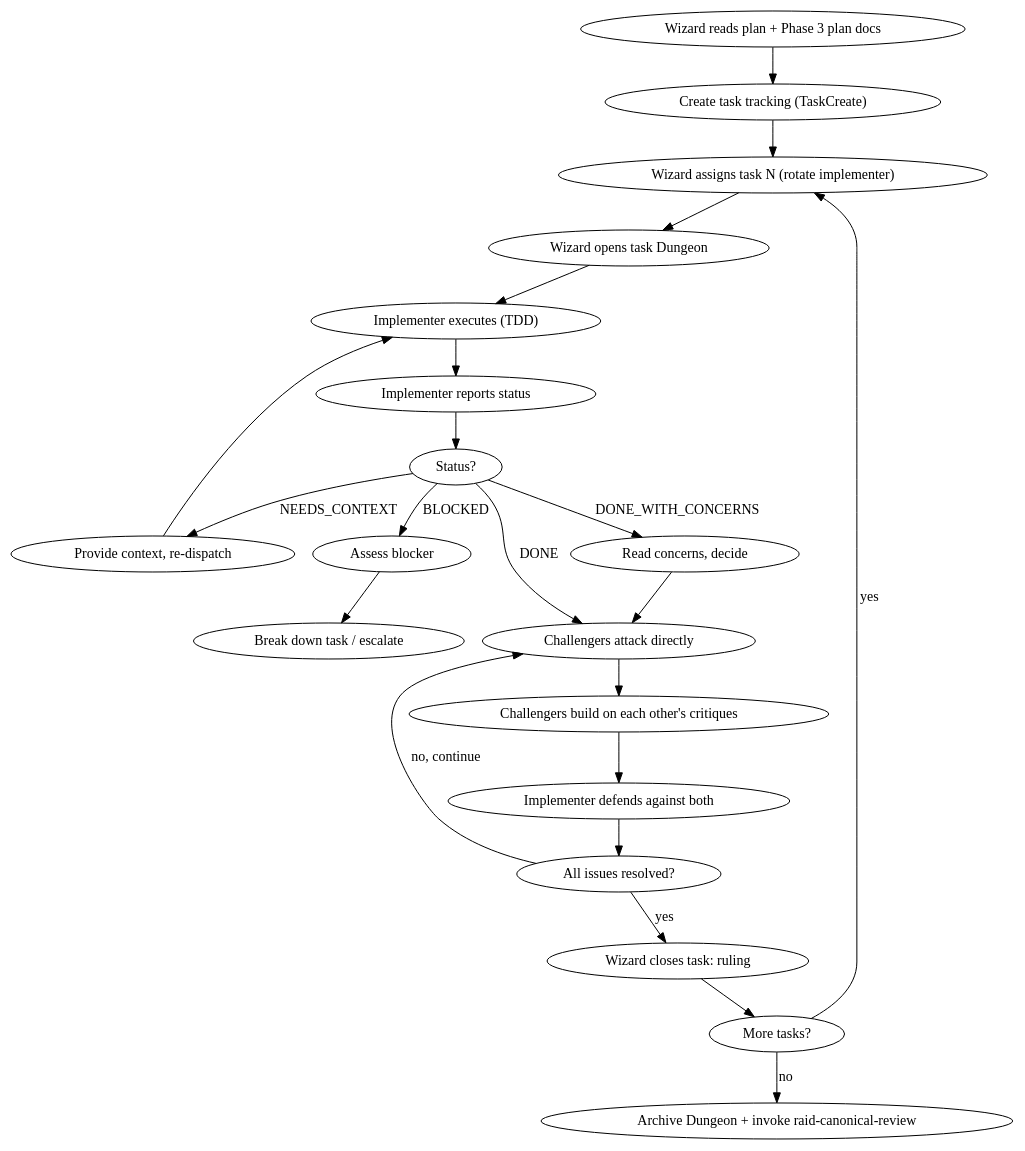
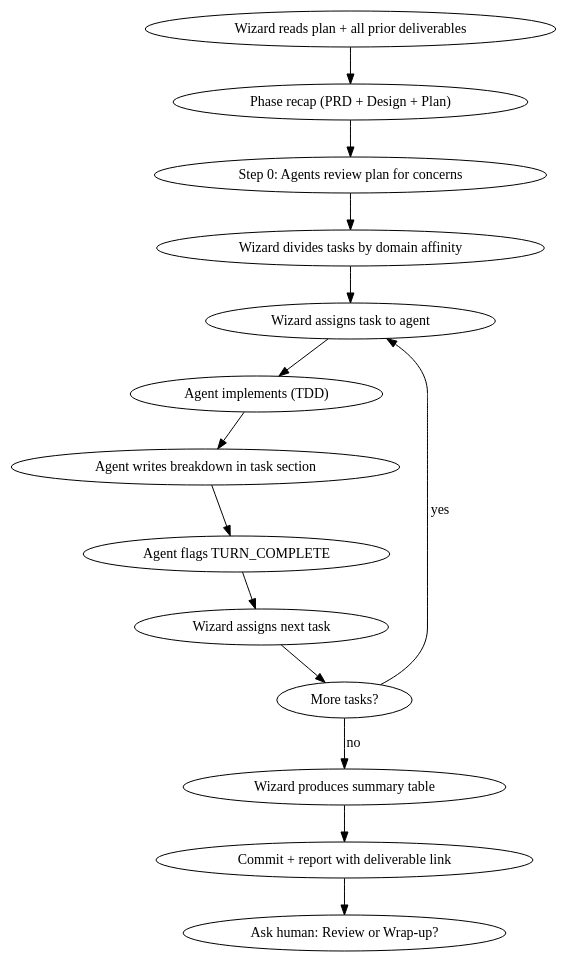
The diagram in template/.claude/skills/raid-canonical-implementation/SKILL.md (pedropicardi/claude-raid), drawn with Graphviz before and after one commit. The commit also changed other lines of this file and 1 other file, not shown here.

Commit message:
feat(skills): update Plan and Implementation paths to phases/, spoils/tasks/

````diff
--- a/template/.claude/skills/raid-canonical-implementation/SKILL.md
+++ b/template/.claude/skills/raid-canonical-implementation/SKILL.md
@@ -24,25 +16,16 @@
 ```dot
 digraph implementation {
-  "Wizard reads plan + Phase 3 plan docs" -> "Create task tracking (TaskCreate)";
-  "Create task tracking (TaskCreate)" -> "Wizard assigns task N (rotate implementer)";
-  "Wizard assigns task N (rotate implementer)" -> "Wizard opens task Dungeon";
-  "Wizard opens task Dungeon" -> "Implementer executes (TDD)";
-  "Implementer executes (TDD)" -> "Implementer reports status";
-  "Implementer reports status" -> "Status?" [shape=diamond];
-  "Status?" -> "Challengers attack directly" [label="DONE"];
-  "Status?" -> "Read concerns, decide" [label="DONE_WITH_CONCERNS"];
-  "Status?" -> "Provide context, re-dispatch" [label="NEEDS_CONTEXT"];
-  "Status?" -> "Assess blocker" [label="BLOCKED"];
-  "Read concerns, decide" -> "Challengers attack directly";
-  "Provide context, re-dispatch" -> "Implementer executes (TDD)";
-  "Assess blocker" -> "Break down task / escalate";
-  "Challengers attack directly" -> "Challengers build on each other's critiques";
-  "Challengers build on each other's critiques" -> "Implementer defends against both";
-  "Implementer defends against both" -> "All issues resolved?" [shape=diamond];
-  "All issues resolved?" -> "Challengers attack directly" [label="no, continue"];
-  "All issues resolved?" -> "Wizard closes task: ruling" [label="yes"];
-  "Wizard closes task: ruling" -> "More tasks?" [shape=diamond];
-  "More tasks?" -> "Wizard assigns task N (rotate implementer)" [label="yes"];
-  "More tasks?" -> "Archive Dungeon + invoke raid-canonical-review" [label="no", shape=doublecircle];
+  "Wizard reads plan + all prior deliverables" -> "Phase recap (PRD + Design + Plan)";
+  "Phase recap (PRD + Design + Plan)" -> "Step 0: Agents review plan for concerns";
+  "Step 0: Agents review plan for concerns" -> "Wizard divides tasks by domain affinity";
+  "Wizard divides tasks by domain affinity" -> "Wizard assigns task to agent";
+  "Wizard assigns task to agent" -> "Agent implements (TDD)";
+  "Agent implements (TDD)" -> "Agent writes breakdown in task section";
+  "Agent writes breakdown in task section" -> "Agent flags TURN_COMPLETE";
+  "Agent flags TURN_COMPLETE" -> "Wizard assigns next task" -> "More tasks?" [shape=diamond];
+  "More tasks?" -> "Wizard assigns task to agent" [label="yes"];
+  "More tasks?" -> "Wizard produces summary table" [label="no"];
+  "Wizard produces summary table" -> "Commit + report with deliverable link";
+  "Commit + report with deliverable link" -> "Ask human: Review or Wrap-up?" [shape=doublecircle];
 }
 ```
````
